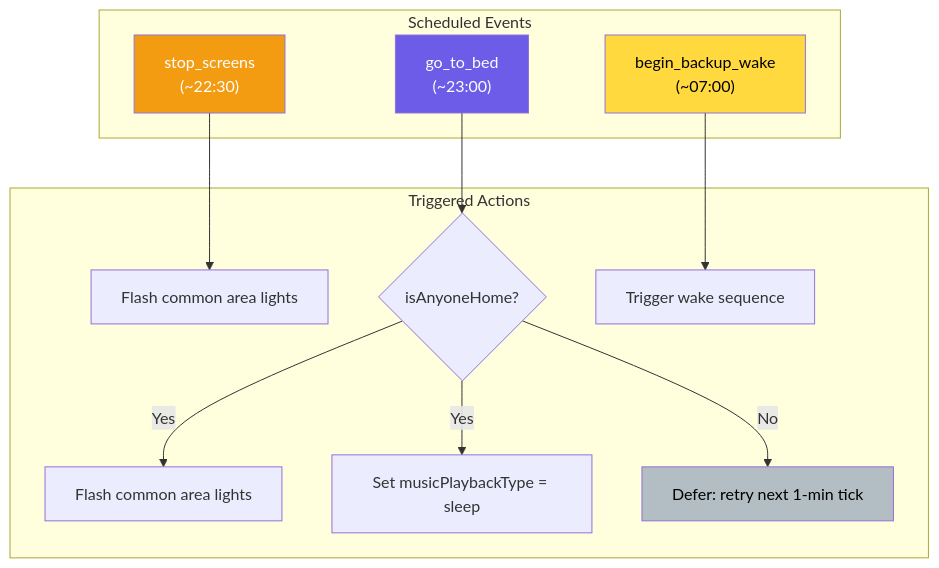
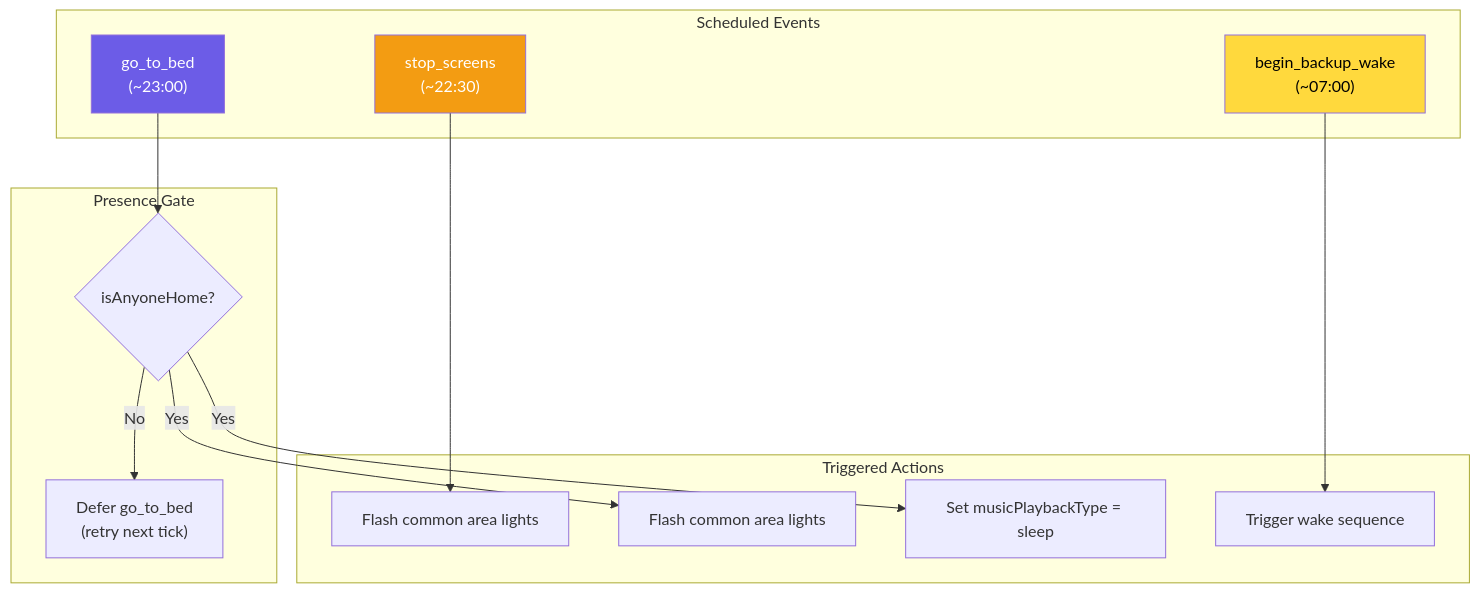
Before and after one commit to NickBorgers/home-automation: the first of 9 diagrams in docs/flows/SLEEP_HYGIENE.md, drawn with Mermaid. The commit also changed other lines of this file and 1 other file, not shown here.

Commit message:
docs: address review findings for go_to_bed presence gate
- Move checkHome gate into its own "Presence Gate" subgraph in SLEEP_HYGIENE.md
  flow diagram (was inside "Triggered Actions", which misrepresented it as an
  action rather than a precondition check)
- Add window-expiry note: if no one arrives within the 1-hour window, go_to_bed
  is skipped for the night
- Add missing AnyoneHome → SleepHygiene edge to VISUAL_ARCHITECTURE.md state
  dependency graph (pre-existing gap; natural to fix alongside the presence gate)

````diff
--- a/docs/flows/SLEEP_HYGIENE.md
+++ b/docs/flows/SLEEP_HYGIENE.md
@@ -15,29 +15,31 @@
 ```mermaid
 flowchart TD
     subgraph Schedule["Scheduled Events"]
         stopScreens["stop_screens<br/>(~22:30)"]
         goToBed["go_to_bed<br/>(~23:00)"]
         backupWake["begin_backup_wake<br/>(~07:00)"]
     end
 
+    subgraph Gate["Presence Gate"]
+        checkHome{"isAnyoneHome?"}
+        deferGoToBed["Defer go_to_bed<br/>(retry next tick)"]
+    end
+
     subgraph Actions["Triggered Actions"]
         flashLights1["Flash common area lights"]
-        checkHome{"isAnyoneHome?"}
         flashLights2["Flash common area lights"]
         startSleep["Set musicPlaybackType = sleep"]
         triggerWake["Trigger wake sequence"]
-        defer["Defer: retry next 1-min tick"]
     end
 
     stopScreens --> flashLights1
     goToBed --> checkHome
     checkHome -->|Yes| flashLights2
     checkHome -->|Yes| startSleep
-    checkHome -->|No| defer
+    checkHome -->|No| deferGoToBed
     backupWake --> triggerWake
 
     style stopScreens fill:#f39c12,color:#fff
     style goToBed fill:#6c5ce7,color:#fff
     style backupWake fill:#ffd93d,color:#000
-    style defer fill:#b2bec3,color:#000
 ```
````
